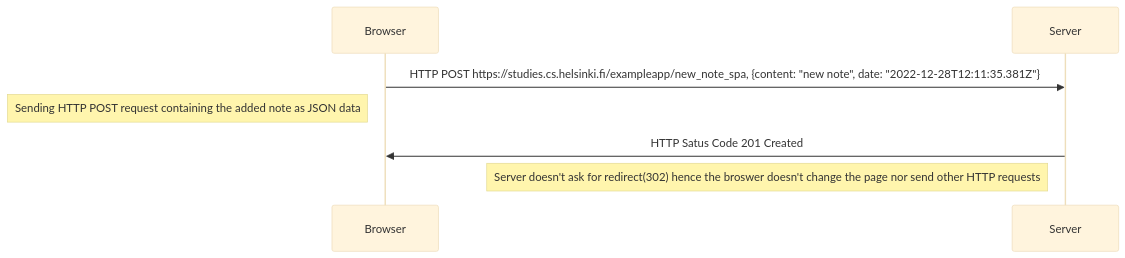
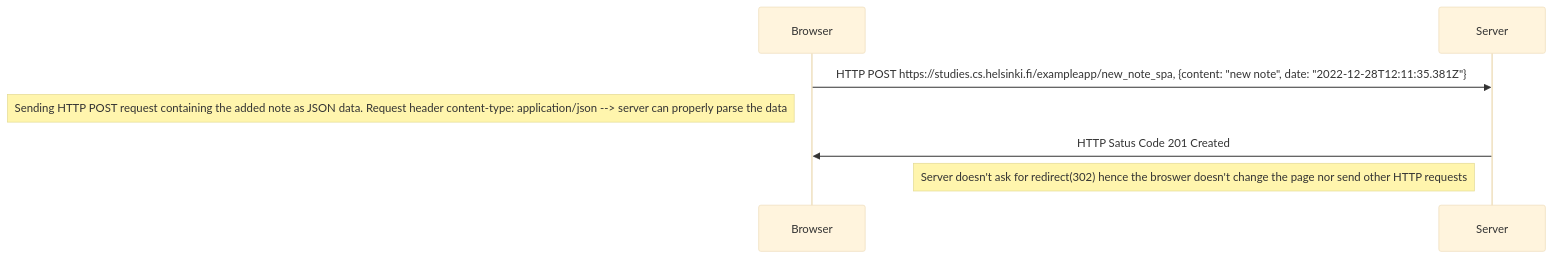
One commit to essipurh/FullStack2223_part0 changed the third of 3 diagrams in README.md. Above: the diagram before and after it, drawn with Mermaid (base theme).

````diff
--- a/README.md
+++ b/README.md
@@ -45,9 +45,9 @@
 ```mermaid
 sequenceDiagram
   participant Browser
   participant Server
   Browser->>Server: HTTP POST https://studies.cs.helsinki.fi/exampleapp/new_note_spa, {content: "new note", date: "2022-12-28T12:11:35.381Z"}
-  Note left of Browser: Sending HTTP POST request containing the added note as JSON data
+  Note left of Browser: Sending HTTP POST request containing the added note as JSON data. Request header content-type: application/json --> server can properly parse the data
   Server->>Browser: HTTP Satus Code 201 Created
   Note left of Server: Server doesn't ask for redirect(302) hence the broswer doesn't change the page nor send other HTTP requests
 ```
````
